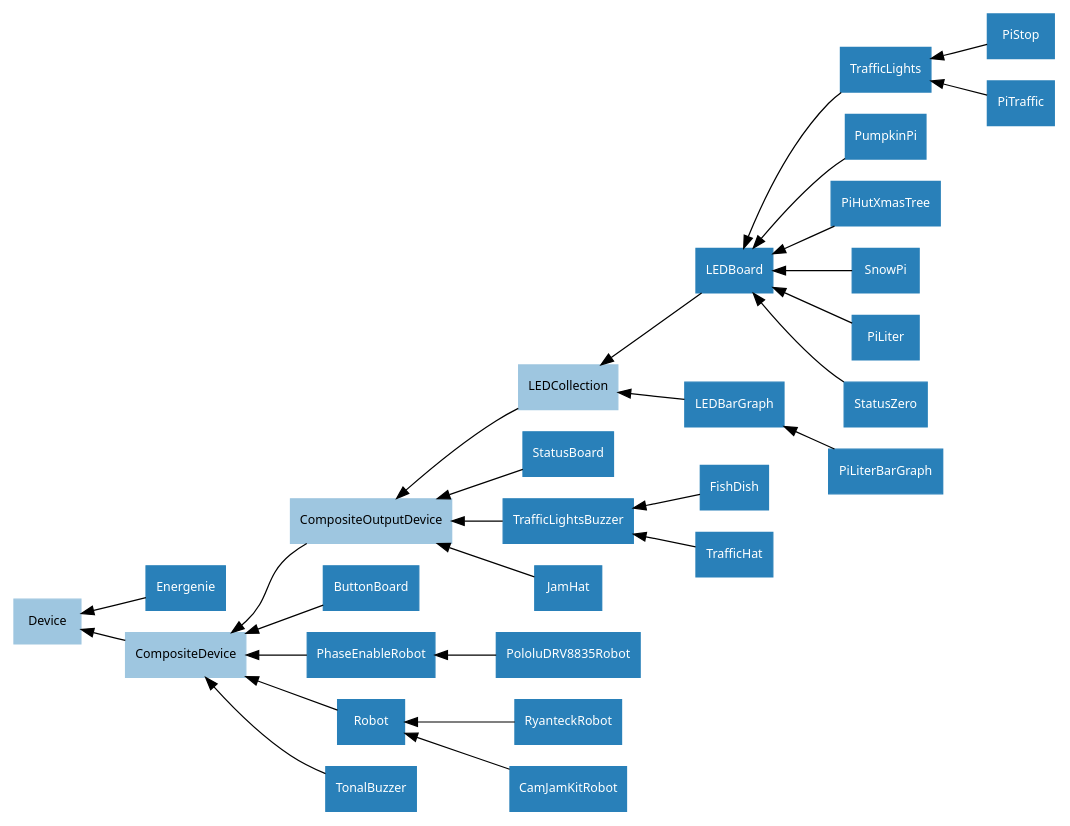
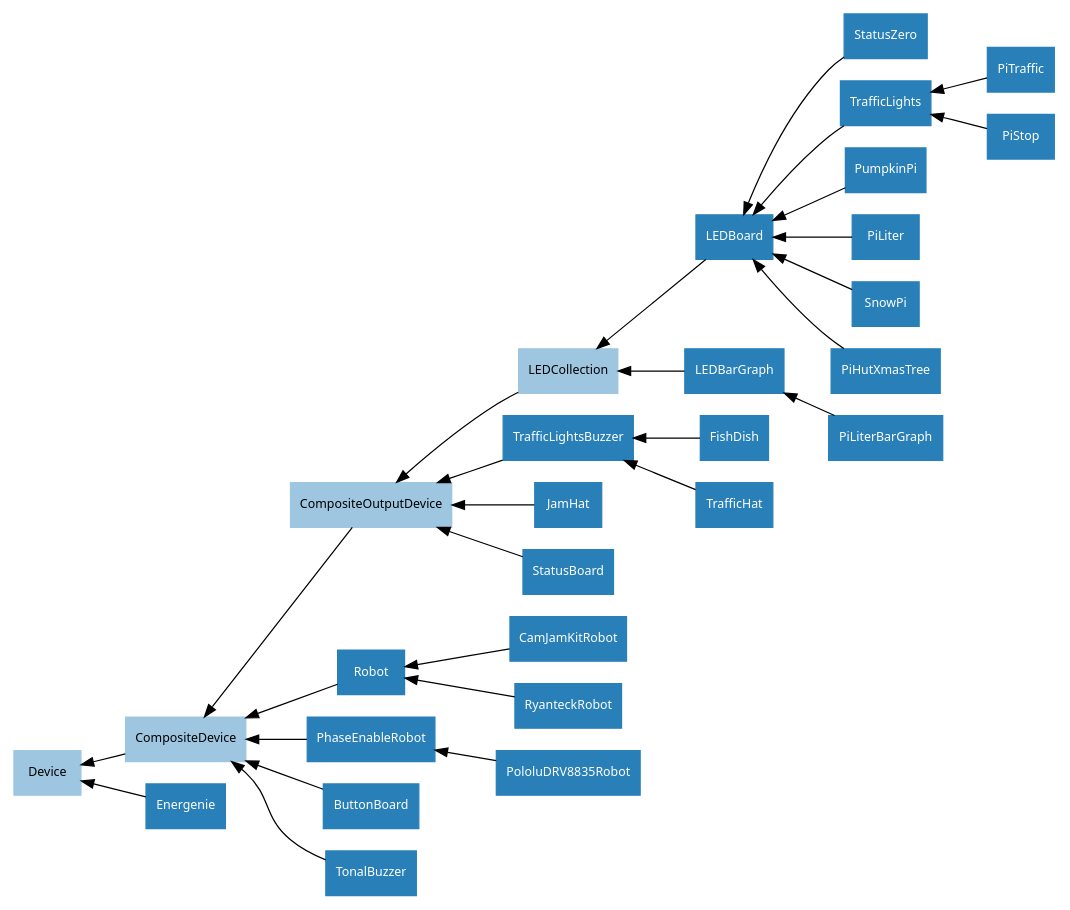
The diagram in docs/images/composite_device_hierarchy.dot (gpiozero/gpiozero), drawn with Graphviz before and after one commit. The commit also changed other lines of this file and 20 other files, not shown here.

Commit message:
More class chart tidying

```diff
--- a/docs/images/composite_device_hierarchy.dot
+++ b/docs/images/composite_device_hierarchy.dot
@@ -1,49 +1,49 @@
 digraph classes {
     graph [rankdir=RL];
     node [shape=rect, style=filled, fontname=Sans, fontsize=10];
     edge [];
 
     /* Mixin classes */
     node [color="#c69ee0", fontcolor="#000000"]
 
     
 
     /* Abstract classes */
     node [color="#9ec6e0", fontcolor="#000000"]
 
+    Device;
+    CompositeOutputDevice;
     CompositeDevice;
-    CompositeOutputDevice;
-    Device;
     LEDCollection;
 
     /* Concrete classes */
     node [color="#2980b9", fontcolor="#ffffff"];
 
-    StatusBoard->CompositeOutputDevice;
+    CamJamKitRobot->Robot;
+    PhaseEnableRobot->CompositeDevice;
+    CompositeDevice->Device;
+    Energenie->Device;
+    StatusZero->LEDBoard;
     FishDish->TrafficLightsBuzzer;
+    LEDBarGraph->LEDCollection;
+    TrafficLightsBuzzer->CompositeOutputDevice;
     TrafficLights->LEDBoard;
-    ButtonBoard->CompositeDevice;
-    LEDCollection->CompositeOutputDevice;
-    Energenie->Device;
-    PololuDRV8835Robot->PhaseEnableRobot;
-    RyanteckRobot->Robot;
-    JamHat->CompositeOutputDevice;
-    TrafficLightsBuzzer->CompositeOutputDevice;
-    Robot->CompositeDevice;
-    LEDBarGraph->LEDCollection;
-    CamJamKitRobot->Robot;
+    PiTraffic->TrafficLights;
     PumpkinPi->LEDBoard;
-    PiHutXmasTree->LEDBoard;
-    CompositeOutputDevice->CompositeDevice;
-    PiStop->TrafficLights;
-    LEDBoard->LEDCollection;
-    PhaseEnableRobot->CompositeDevice;
-    PiTraffic->TrafficLights;
-    TonalBuzzer->CompositeDevice;
-    SnowPi->LEDBoard;
     TrafficHat->TrafficLightsBuzzer;
     PiLiter->LEDBoard;
-    CompositeDevice->Device;
-    StatusZero->LEDBoard;
+    LEDCollection->CompositeOutputDevice;
+    PiStop->TrafficLights;
+    CompositeOutputDevice->CompositeDevice;
+    JamHat->CompositeOutputDevice;
+    PololuDRV8835Robot->PhaseEnableRobot;
+    Robot->CompositeDevice;
+    SnowPi->LEDBoard;
+    ButtonBoard->CompositeDevice;
+    RyanteckRobot->Robot;
     PiLiterBarGraph->LEDBarGraph;
+    StatusBoard->CompositeOutputDevice;
+    PiHutXmasTree->LEDBoard;
+    LEDBoard->LEDCollection;
+    TonalBuzzer->CompositeDevice;
 }
```
